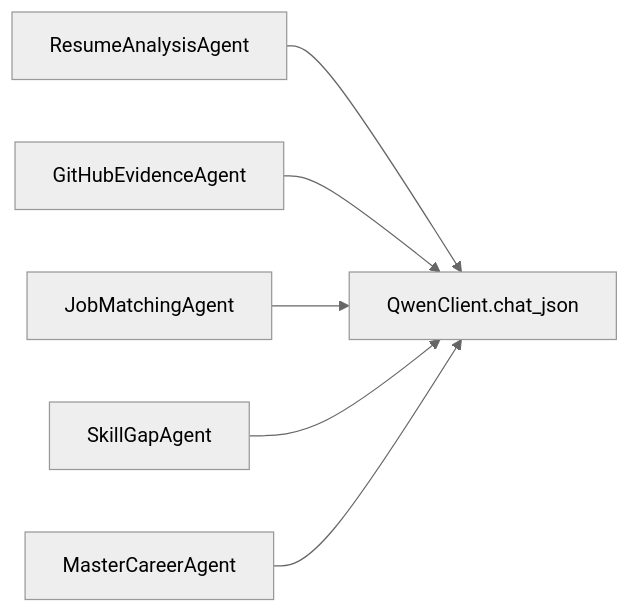
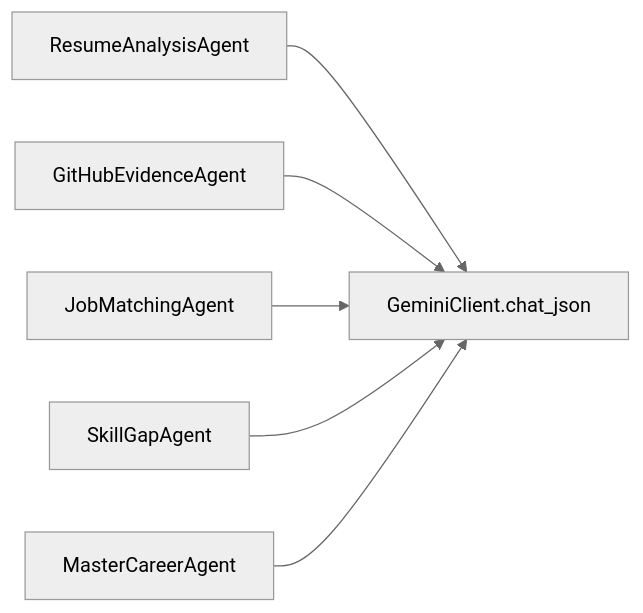
One commit to waqarimran342/CareerOS-AI changed the sixth of 7 diagrams in .qoder/repowiki/en/content/External Integrations/Qwen LLM Integration.md. Above: the diagram before and after it, drawn with Mermaid (neutral theme). The commit also changed other lines of this file and 32 other files, not shown here.

````diff
--- a/.qoder/repowiki/en/content/External Integrations/Qwen LLM Integration.md
+++ b/.qoder/repowiki/en/content/External Integrations/Qwen LLM Integration.md
@@ -237,8 +243,8 @@
 ```mermaid
 graph LR
-RA["ResumeAnalysisAgent"] --> QC["QwenClient.chat_json"]
-GE["GitHubEvidenceAgent"] --> QC
-JM["JobMatchingAgent"] --> QC
-SG["SkillGapAgent"] --> QC
-MC["MasterCareerAgent"] --> QC
+RA["ResumeAnalysisAgent"] --> GC["GeminiClient.chat_json"]
+GE["GitHubEvidenceAgent"] --> GC
+JM["JobMatchingAgent"] --> GC
+SG["SkillGapAgent"] --> GC
+MC["MasterCareerAgent"] --> GC
 ```
````
